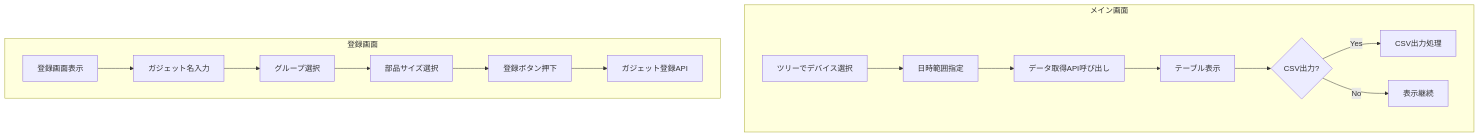
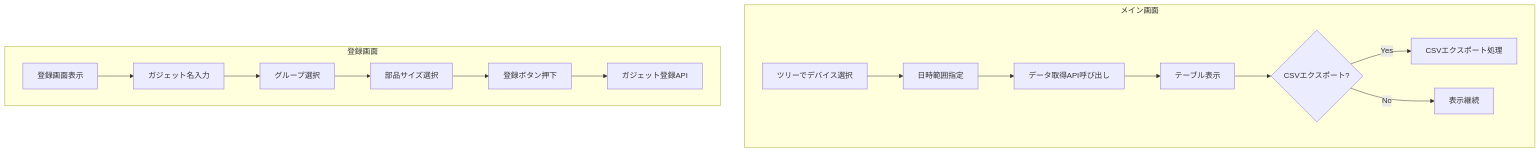
One commit to NSW-SVCP-AIWG002/Databricks-IoT changed the first of 4 diagrams in docs/03-features/flask-app/dashboard-grid/workflow-specification.md. Above: the diagram before and after it, drawn with Mermaid. The commit also changed other lines of this file and 2 other files, not shown here.

````diff
--- a/docs/03-features/flask-app/dashboard-grid/workflow-specification.md
+++ b/docs/03-features/flask-app/dashboard-grid/workflow-specification.md
@@ -20,19 +20,19 @@
 ```mermaid
 flowchart TD
     subgraph メイン画面
         A[ツリーでデバイス選択] --> B[日時範囲指定]
         B --> C[データ取得API呼び出し]
         C --> D[テーブル表示]
-        D --> E{CSV出力?}
-        E -->|Yes| F[CSV出力処理]
+        D --> E{CSVエクスポート?}
+        E -->|Yes| F[CSVエクスポート処理]
         E -->|No| G[表示継続]
     end
 
     subgraph 登録画面
         H[登録画面表示] --> I[ガジェット名入力]
         I --> J[グループ選択]
         J --> K[部品サイズ選択]
         K --> L[登録ボタン押下]
         L --> M[ガジェット登録API]
     end
 ```
````
